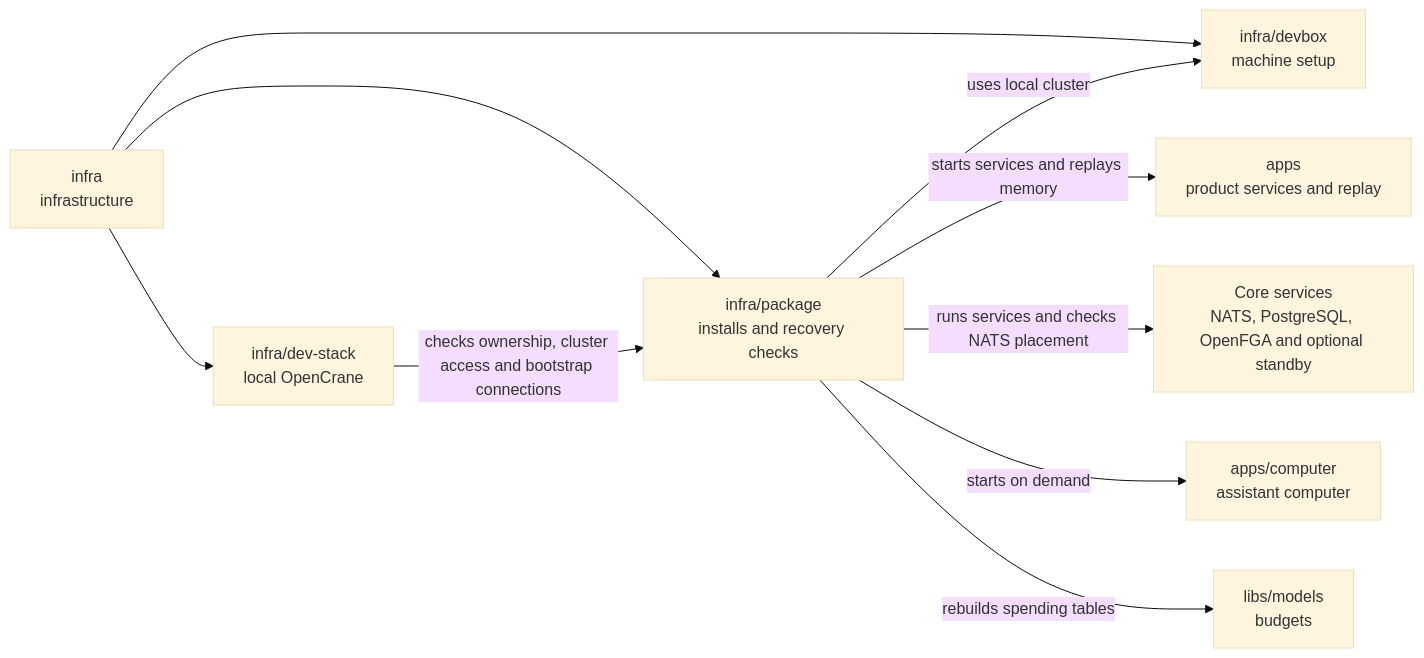
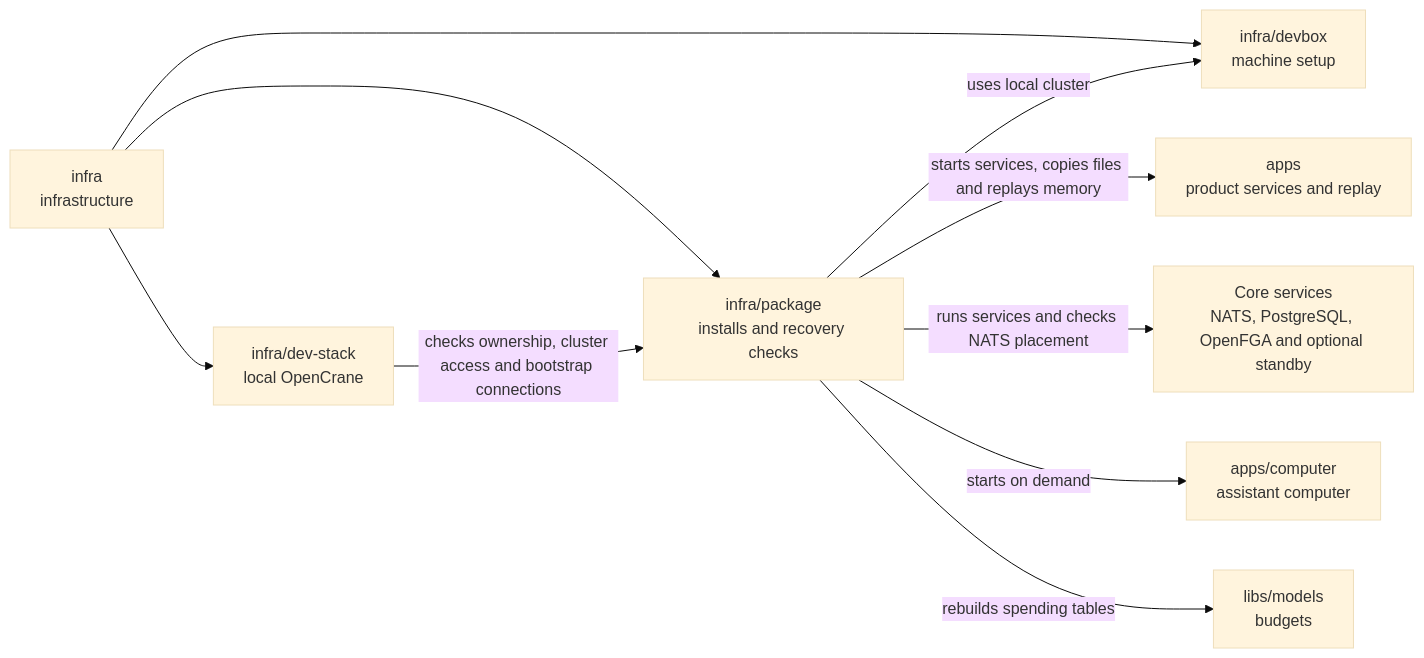
The diagram in infra/package/README.md (elewa-git/opencrane-new), drawn with Mermaid (base theme) before and after one commit. The commit also changed other lines of this file and 7 other files, not shown here.

````diff
--- a/infra/package/README.md
+++ b/infra/package/README.md
@@ -19,12 +19,12 @@
 ```mermaid
 flowchart LR
   infra["infra<br/>infrastructure"] --> package["infra/package<br/>installs and recovery checks"]
   infra --> stack["infra/dev-stack<br/>local OpenCrane"]
   infra --> devbox["infra/devbox<br/>machine setup"]
   stack -->|checks ownership, cluster access and bootstrap connections| package
   package -->|uses local cluster| devbox
-  package -->|starts services and replays memory| apps["apps<br/>product services and replay"]
+  package -->|starts services, copies files and replays memory| apps["apps<br/>product services and replay"]
   package -->|runs services and checks NATS placement| services["Core services<br/>NATS, PostgreSQL, OpenFGA and optional standby"]
   package -->|starts on demand| computer["apps/computer<br/>assistant computer"]
   package -->|rebuilds spending tables| models["libs/models<br/>budgets"]
 ```
````
